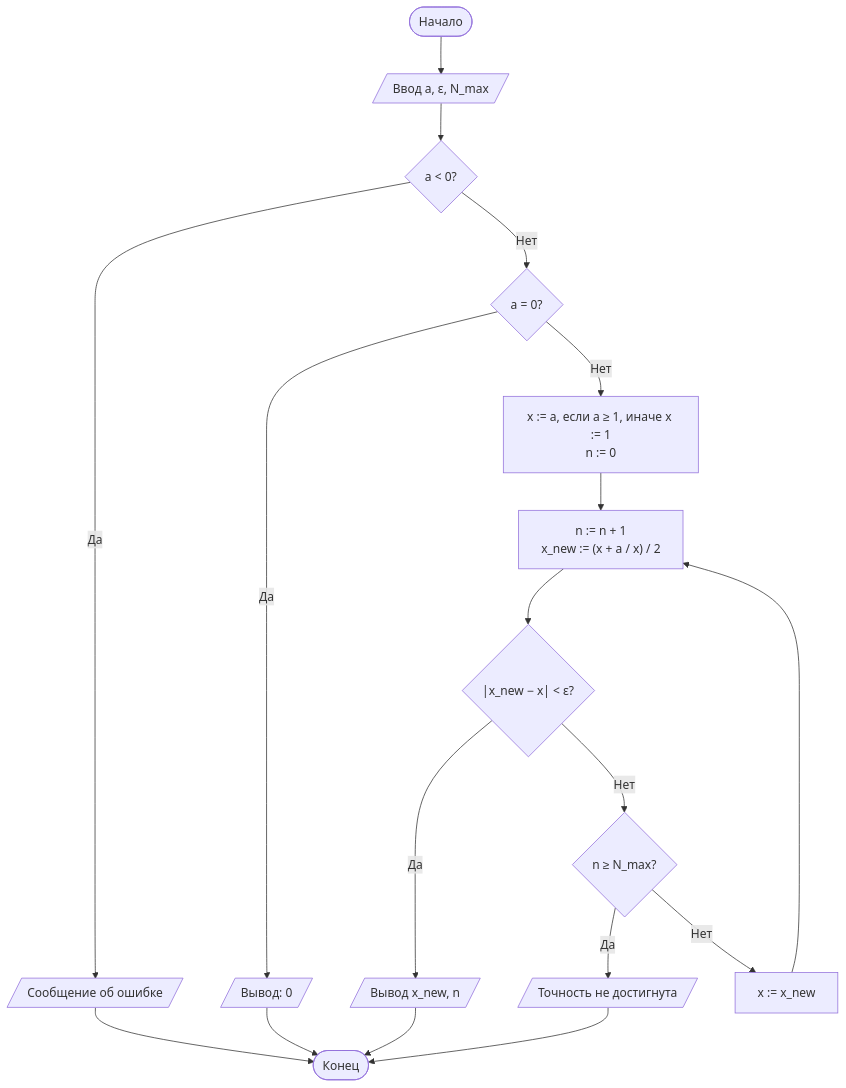
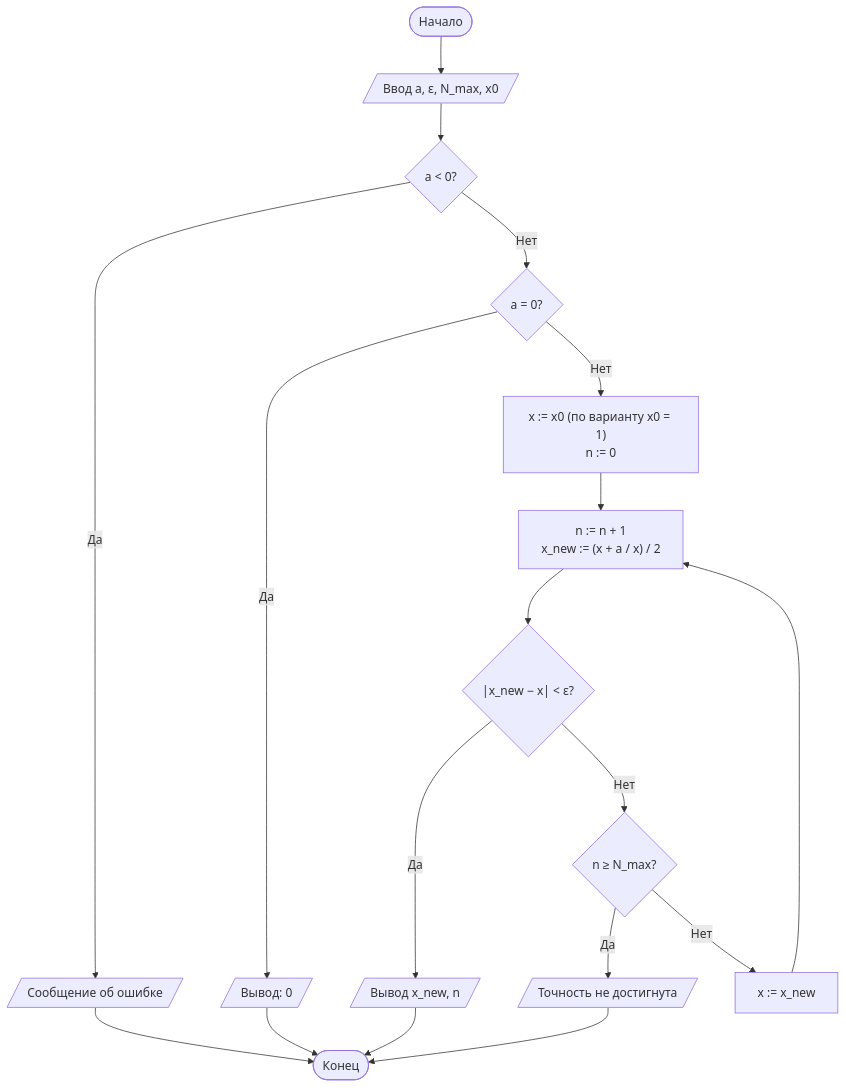
One commit to imrannasrullaev469-hue/theory-of-algorithms-labs changed the first of 4 diagrams in lab1/README.md. Above: the diagram before and after it, drawn with Mermaid. The commit also changed other lines of this file and 12 other files, not shown here.

````diff
--- a/lab1/README.md
+++ b/lab1/README.md
@@ -92,15 +96,15 @@
 ```mermaid
 flowchart TD
-    A([Начало]) --> B[/Ввод a, ε, N_max/]
+    A([Начало]) --> B[/Ввод a, ε, N_max, x0/]
     B --> C{"a < 0?"}
     C -- Да --> D[/Сообщение об ошибке/] --> Z([Конец])
     C -- Нет --> E{"a = 0?"}
     E -- Да --> F[/Вывод: 0/] --> Z
-    E -- Нет --> G["x := a, если a ≥ 1, иначе x := 1<br/>n := 0"]
+    E -- Нет --> G["x := x0 (по варианту x0 = 1)<br/>n := 0"]
     G --> H["n := n + 1<br/>x_new := (x + a / x) / 2"]
     H --> I{"|x_new − x| < ε?"}
     I -- Да --> J[/Вывод x_new, n/] --> Z
     I -- Нет --> K{"n ≥ N_max?"}
     K -- Да --> L[/Точность не достигнута/] --> Z
     K -- Нет --> M[x := x_new] --> H
 ```
````
